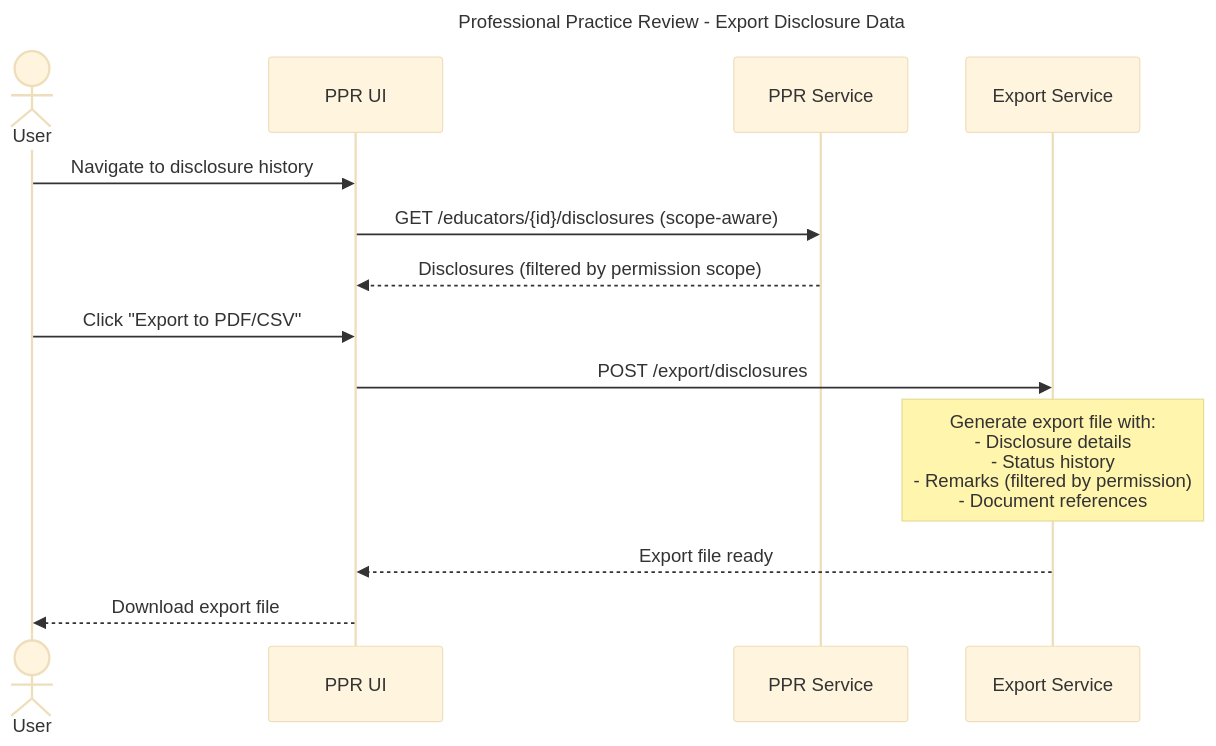
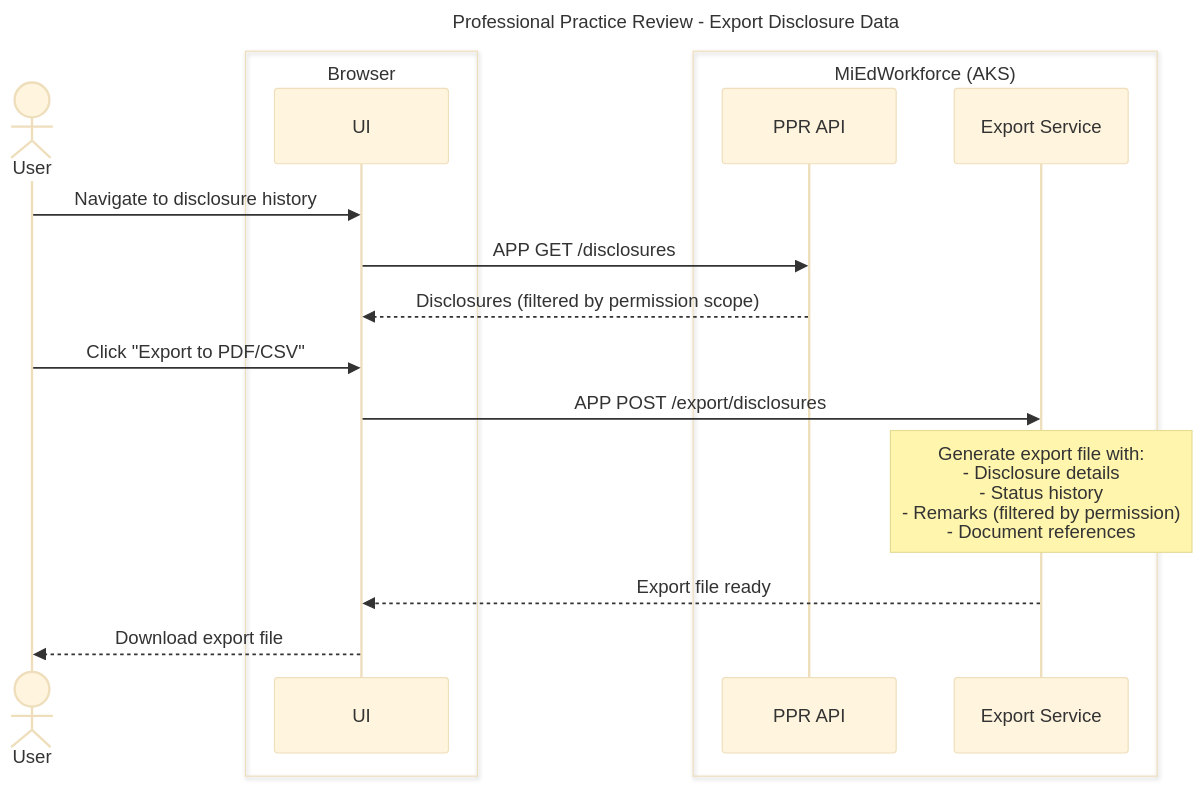
One commit to mnichols-dl/mied-design changed diagram 13 of 15 in working-docs/solution-areas/profpractice/profpractice-sequences.md. Above: the diagram before and after it, drawn with Mermaid (base theme). The commit also changed other lines of this file and 34 other files, not shown here.

Commit message:
Update sequences and perform RTM assessment

````diff
--- a/working-docs/solution-areas/profpractice/profpractice-sequences.md
+++ b/working-docs/solution-areas/profpractice/profpractice-sequences.md
@@ -863,22 +842,26 @@
 ```mermaid
 ---
 title: Professional Practice Review - Export Disclosure Data
 ---
 sequenceDiagram
     actor User
-    participant UI as PPR UI
-    participant PPRService as PPR Service
-    participant ExportService as Export Service
+    box Browser
+        participant UI as UI
+    end
+    box MiEdWorkforce (AKS)
+        participant PprApi as PPR API
+        participant ExportService as Export Service
+    end
     
     User->>UI: Navigate to disclosure history
-    UI->>PPRService: GET /educators/{id}/disclosures (scope-aware)
-    PPRService-->>UI: Disclosures (filtered by permission scope)
+    UI->>PprApi: APP GET /disclosures
+    PprApi-->>UI: Disclosures (filtered by permission scope)
     
     User->>UI: Click "Export to PDF/CSV"
-    UI->>ExportService: POST /export/disclosures
+    UI->>ExportService: APP POST /export/disclosures
     
     Note over ExportService: Generate export file with:<br/>- Disclosure details<br/>- Status history<br/>- Remarks (filtered by permission)<br/>- Document references
     
     ExportService-->>UI: Export file ready
     UI-->>User: Download export file
 ```
````
